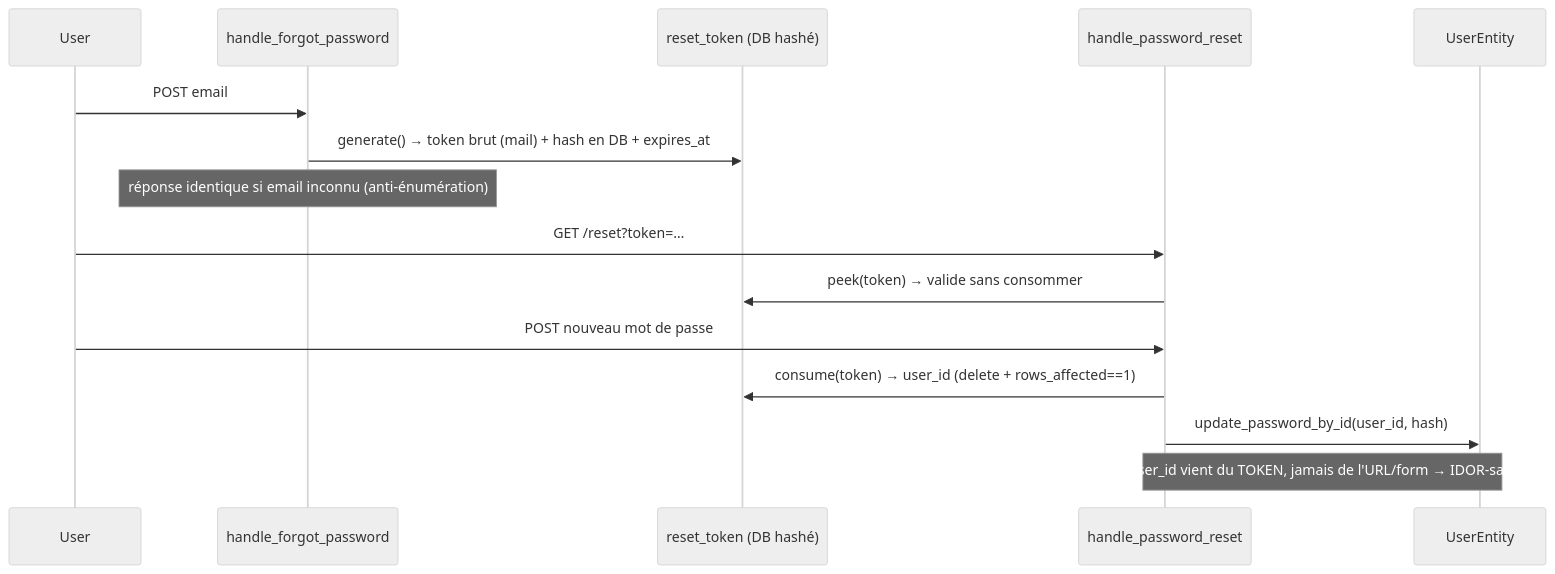
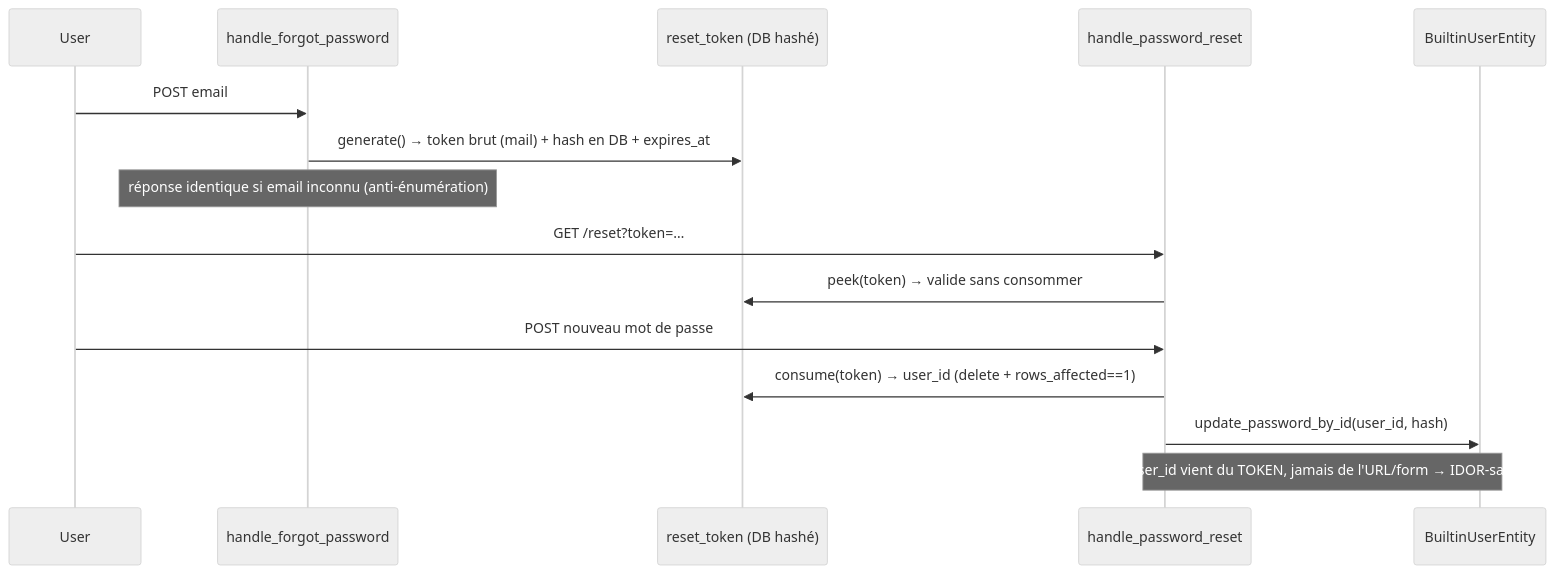
The second of 3 diagrams in diagramme/flux/admin-crud-reset-makemigrations.md (seb-alliot/runique), drawn with Mermaid (neutral theme) before and after one commit. The commit also changed 197 other files, not shown here.

````diff
--- a/diagramme/flux/admin-crud-reset-makemigrations.md
+++ b/diagramme/flux/admin-crud-reset-makemigrations.md
@@ -32,18 +32,18 @@
 ```mermaid
 sequenceDiagram
     participant U as User
     participant FP as handle_forgot_password
     participant RT as reset_token (DB hashé)
     participant RP as handle_password_reset
-    participant DB as UserEntity
+    participant DB as BuiltinUserEntity
 
     U->>FP: POST email
     FP->>RT: generate() → token brut (mail) + hash en DB + expires_at
     Note over FP: réponse identique si email inconnu (anti-énumération)
     U->>RP: GET /reset?token=…
     RP->>RT: peek(token) → valide sans consommer
     U->>RP: POST nouveau mot de passe
     RP->>RT: consume(token) → user_id (delete + rows_affected==1)
     RP->>DB: update_password_by_id(user_id, hash)
     Note over RP,DB: user_id vient du TOKEN, jamais de l'URL/form → IDOR-safe
 ```
````
